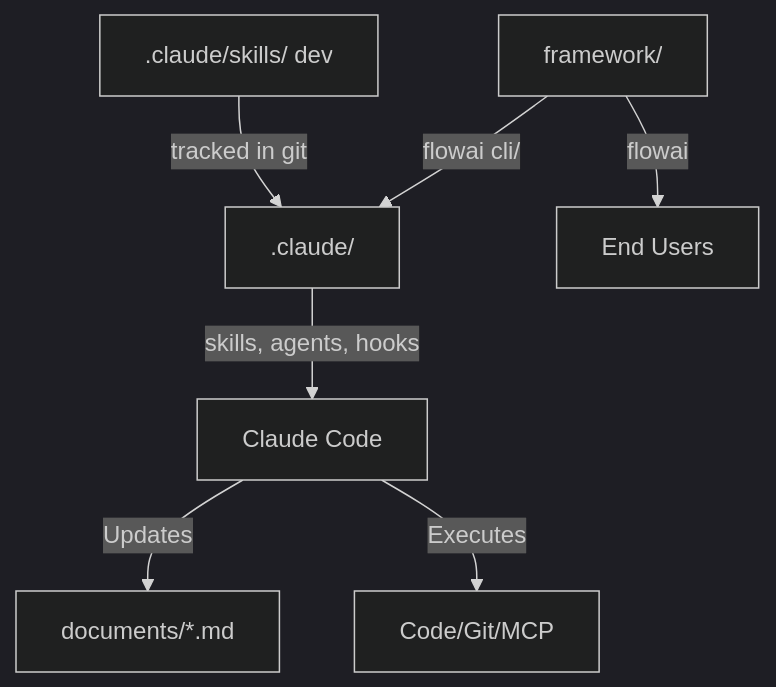
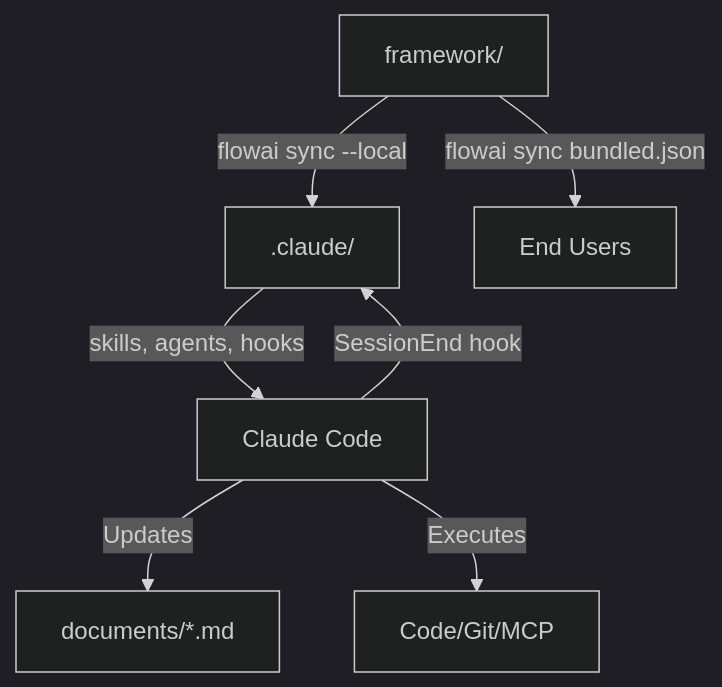
Before and after one commit to korchasa/flow: the first of 2 diagrams in documents/design.md, drawn with Mermaid (dark theme). The commit also changed other lines of this file and 282 other files, not shown here.

First line of the commit message:
feat(cli): add --local sync mode; stop tracking .claude/ in git

````diff
--- a/documents/design.md
+++ b/documents/design.md
@@ -13,9 +13,9 @@
   ```mermaid
   graph TD
-    Packs[framework/] -->|flowai cli/| Claude[.claude/]
-    DevSkills[.claude/skills/ dev] -->|tracked in git| Claude
+    Packs[framework/] -->|flowai sync --local| Claude[.claude/]
+    Packs -->|flowai sync bundled.json| Users[End Users]
     Claude -->|skills, agents, hooks| IDE[Claude Code]
     IDE -->|Updates| Docs[documents/*.md]
     IDE -->|Executes| Actions[Code/Git/MCP]
-    Packs -->|flowai| Users[End Users]
+    IDE -->|SessionEnd hook| Claude
   ```
````
